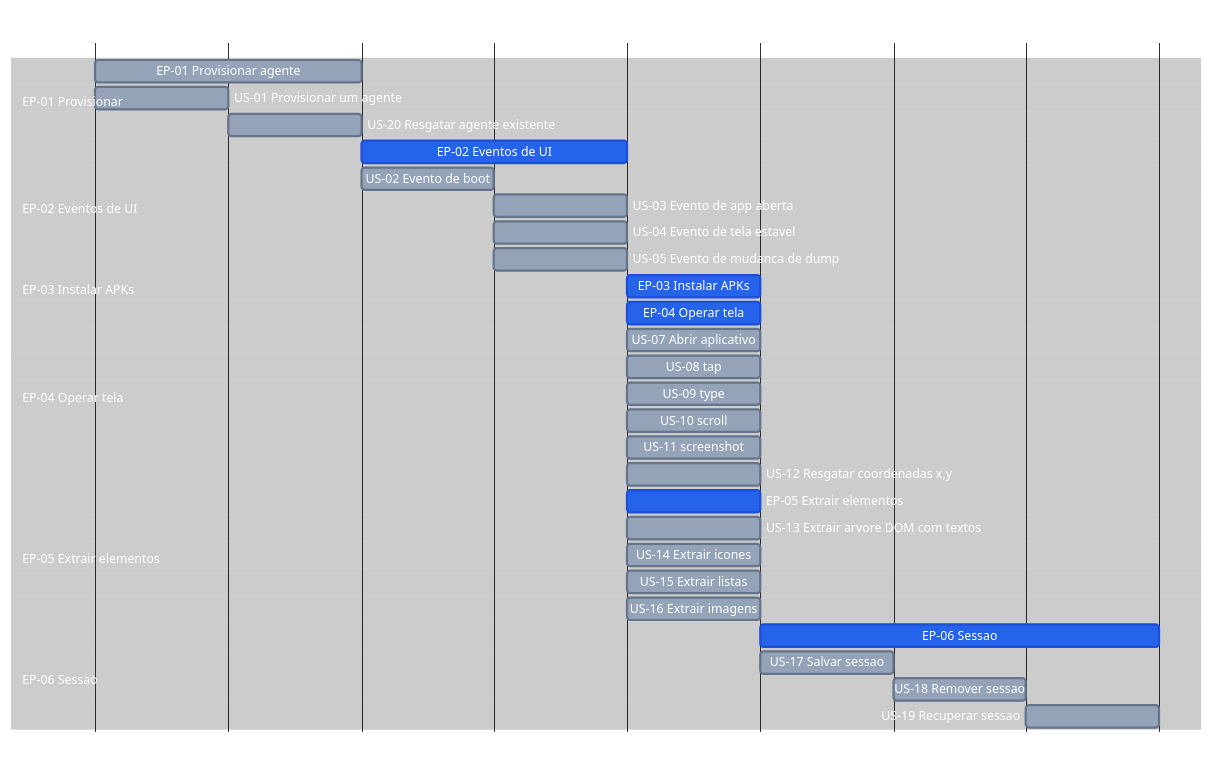
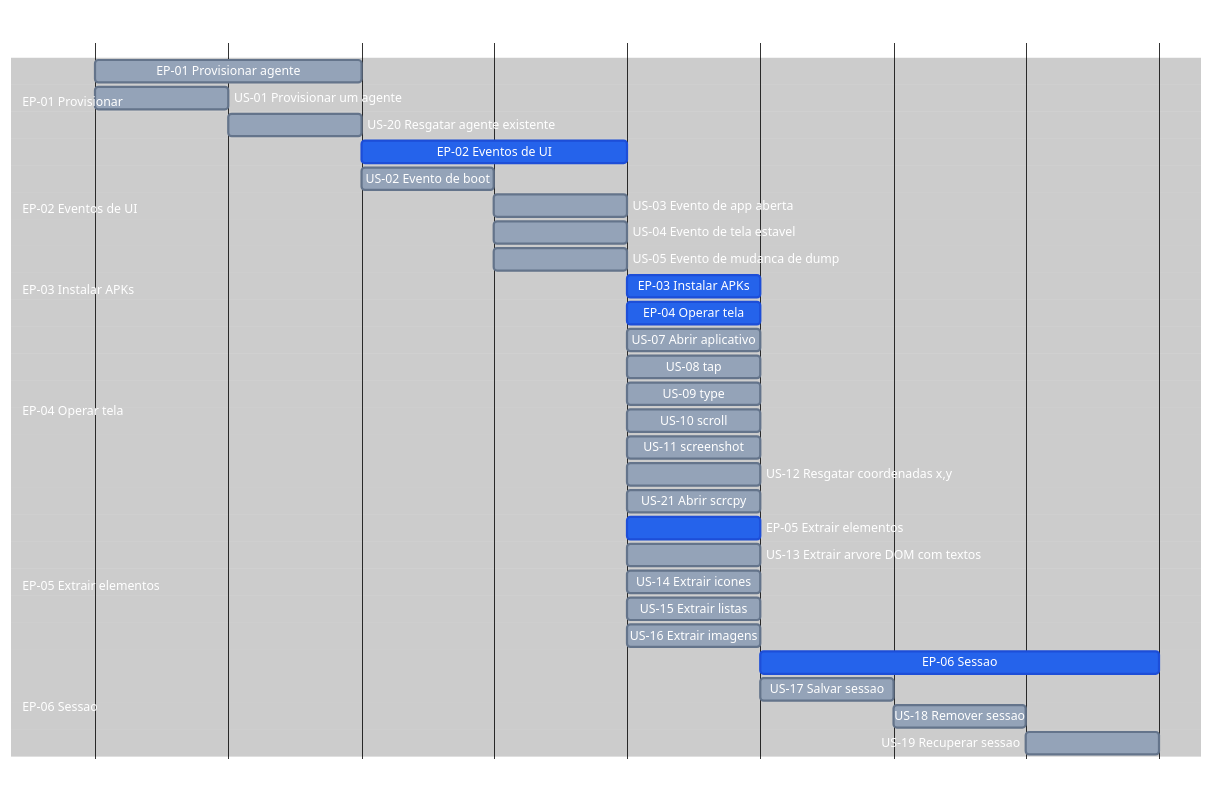
The diagram in screen-robot/3.roadmap.md (laerciogermano/workstation), drawn with Mermaid before and after one commit. The commit also changed 11 other files, not shown here.

First line of the commit message:
Adiciona US-21: abrir scrcpy via handle.openScrcpy.

````diff
--- a/screen-robot/3.roadmap.md
+++ b/screen-robot/3.roadmap.md
@@ -12,76 +12,77 @@
 ```mermaid
 ---
 config:
   theme: base
   themeVariables:
     darkMode: true
     background: '#000000'
     primaryTextColor: '#ffffff'
     secondaryTextColor: '#ffffff'
     tertiaryTextColor: '#ffffff'
     textColor: '#ffffff'
     lineColor: '#333333'
     mainBkg: '#000000'
     secondaryColor: '#000000'
     tertiaryColor: '#000000'
     sectionBkgColor: '#000000'
     sectionBkgColor2: '#000000'
     altSectionBkgColor: '#000000'
     gridColor: '#222222'
     excludeBkgColor: '#000000'
     todayLineColor: '#444444'
     doneTaskBkgColor: '#2563eb'
     doneTaskBorderColor: '#1d4ed8'
     taskBkgColor: '#94a3b8'
     taskBorderColor: '#64748b'
     taskTextColor: '#ffffff'
     taskTextDarkColor: '#ffffff'
     taskTextLightColor: '#ffffff'
     taskTextOutsideColor: '#ffffff'
     critBkgColor: '#2563eb'
     critBorderColor: '#1d4ed8'
     activeTaskBkgColor: '#94a3b8'
     activeTaskBorderColor: '#64748b'
 ---
 gantt
   title screen-robot EP / US
   dateFormat X
   axisFormat %s
 
   section EP-01 Provisionar
   EP-01 Provisionar agente              :ep01, 0, 30m
   US-01 Provisionar um agente           :us01, 0, 15m
   US-20 Resgatar agente existente       :us20, after us01, 15m
 
   section EP-02 Eventos de UI
   EP-02 Eventos de UI                   :done, ep02, after ep01, 30m
   US-02 Evento de boot                  :us02, after ep01, 15m
   US-03 Evento de app aberta            :us03, after us02, 15m
   US-04 Evento de tela estavel          :us04, after us02, 15m
   US-05 Evento de mudanca de dump       :us05, after us02, 15m
 
   section EP-03 Instalar APKs
   EP-03 Instalar APKs                   :done, ep03, after us05, 15m
 
   section EP-04 Operar tela
   EP-04 Operar tela                     :done, ep04, after us05, 15m
   US-07 Abrir aplicativo                :us07, after us05, 15m
   US-08 tap                             :us08, after us05, 15m
   US-09 type                            :us09, after us05, 15m
   US-10 scroll                          :us10, after us05, 15m
   US-11 screenshot                      :us11, after us05, 15m
   US-12 Resgatar coordenadas x,y        :us12, after us05, 15m
+  US-21 Abrir scrcpy                    :us21, after us05, 15m
 
   section EP-05 Extrair elementos
   EP-05 Extrair elementos               :done, ep05, after us05, 15m
   US-13 Extrair arvore DOM com textos   :us13, after us05, 15m
   US-14 Extrair icones                  :us14, after us05, 15m
   US-15 Extrair listas                  :us15, after us05, 15m
   US-16 Extrair imagens                 :us16, after us05, 15m
 
   section EP-06 Sessao
   EP-06 Sessao                          :done, ep06, after ep05, 45m
   US-17 Salvar sessao                   :us17, after ep05, 15m
   US-18 Remover sessao                  :us18, after us17, 15m
   US-19 Recuperar sessao                :us19, after us18, 15m
 ```
````
